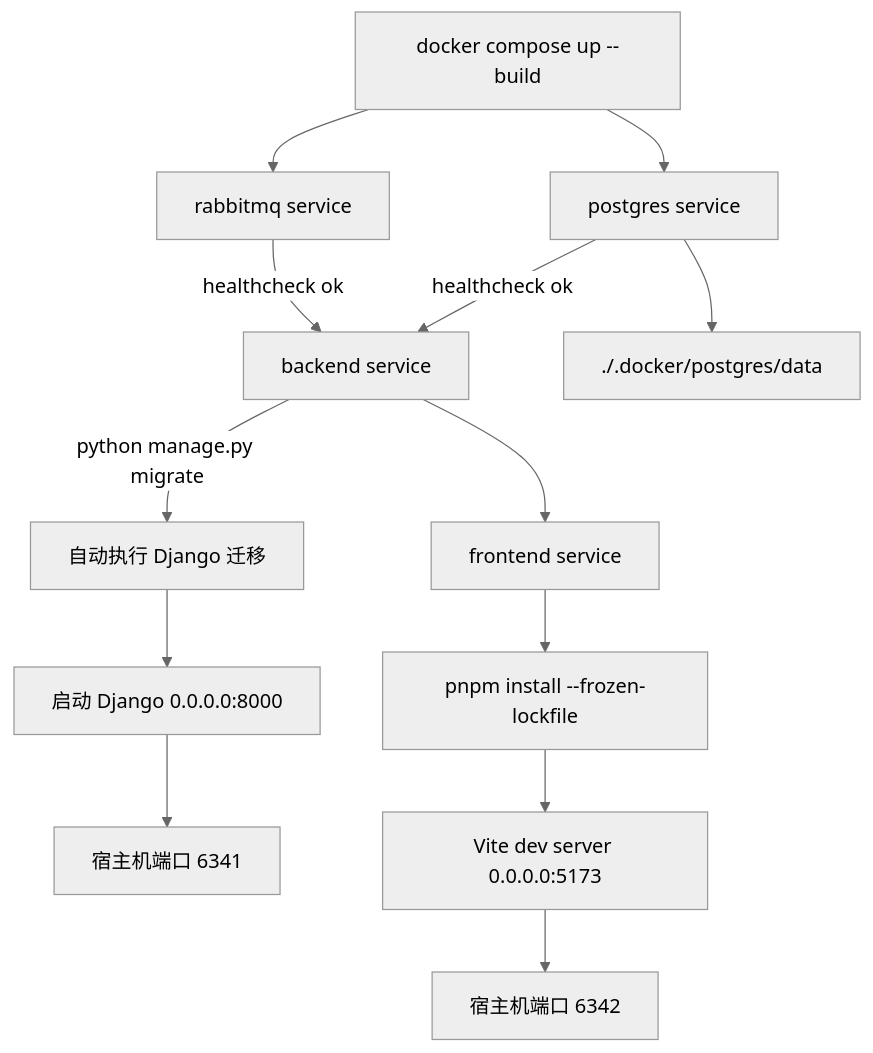
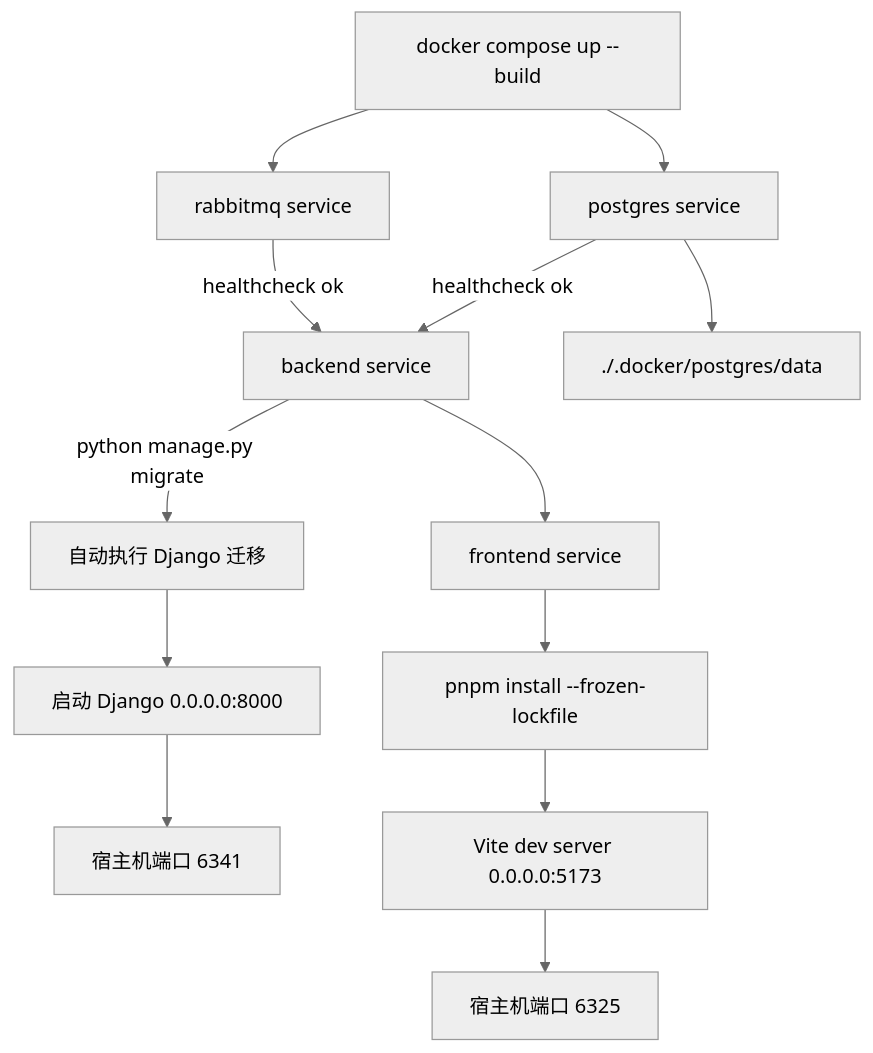
The second of 13 diagrams in docs/mermaid-flows-cn.md (billzi2016/LLM-Benchmark-Studio), drawn with Mermaid (neutral theme) before and after one commit. The commit also changed other lines of this file and 22 other files, not shown here.

````diff
--- a/docs/mermaid-flows-cn.md
+++ b/docs/mermaid-flows-cn.md
@@ -32,18 +32,18 @@
 ```mermaid
 flowchart TD
   Start[docker compose up --build] --> PG[postgres service]
   Start --> MQ[rabbitmq service]
 
   PG -->|healthcheck ok| Backend[backend service]
   MQ -->|healthcheck ok| Backend
   Backend -->|python manage.py migrate| Migrate[自动执行 Django 迁移]
   Migrate --> Runserver[启动 Django 0.0.0.0:8000]
   Runserver --> HostAPI[宿主机端口 6341]
 
   Backend --> Frontend[frontend service]
   Frontend --> Pnpm[pnpm install --frozen-lockfile]
   Pnpm --> Vite[Vite dev server 0.0.0.0:5173]
-  Vite --> HostUI[宿主机端口 6342]
+  Vite --> HostUI[宿主机端口 6325]
 
   PG --> PGData[./.docker/postgres/data]
 ```
````
